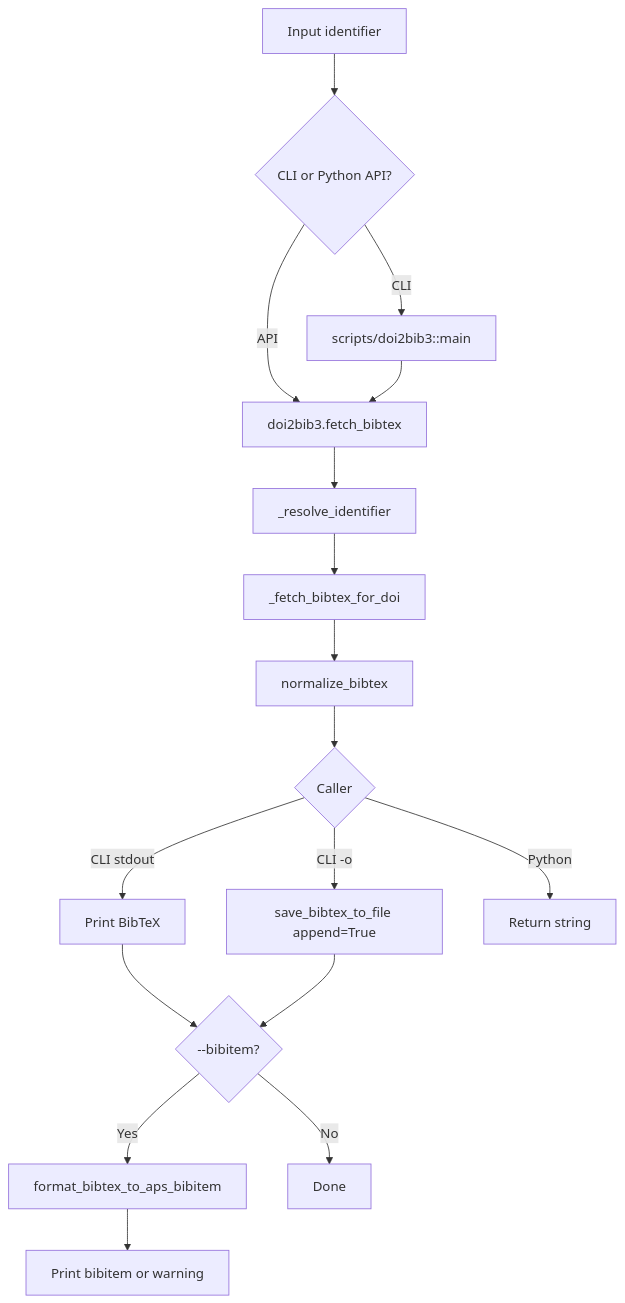
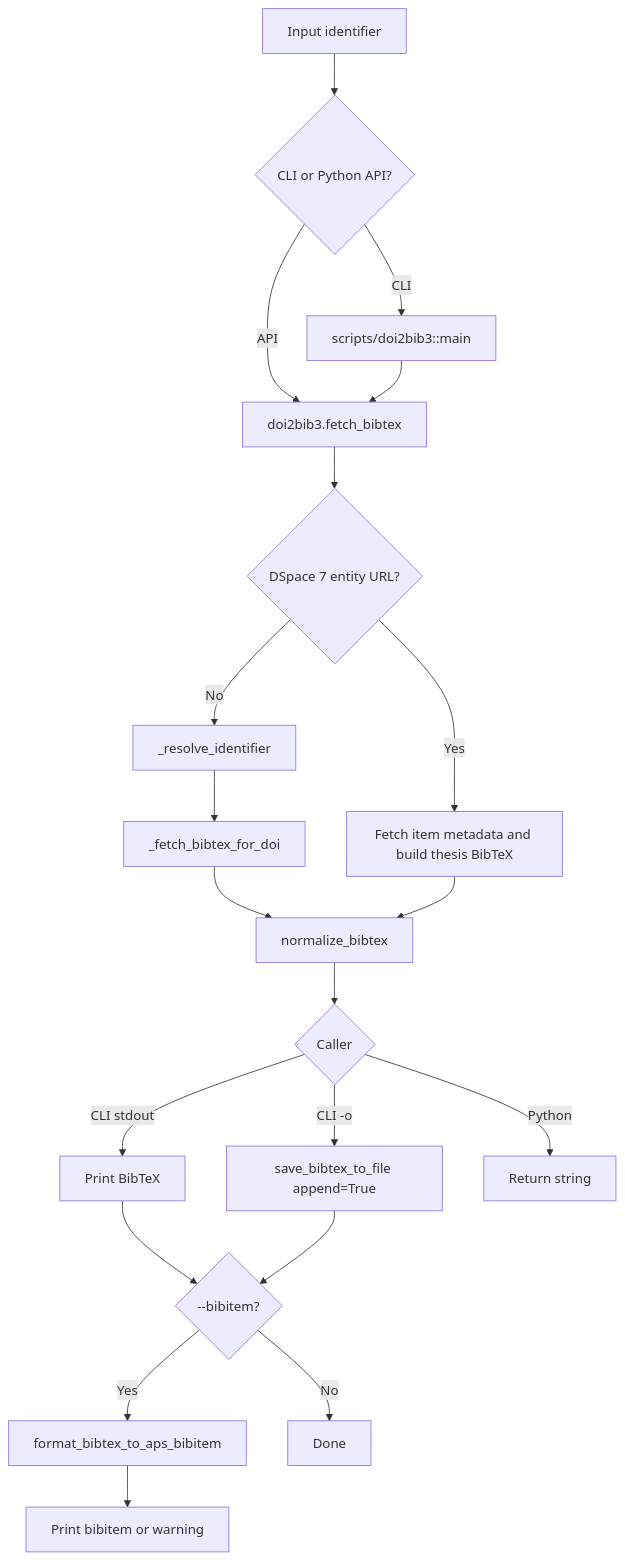
Before and after one commit to archisman-panigrahi/doi2bib3: the first of 4 diagrams in docs/ALGORITHM_VISUALS.md, drawn with Mermaid. The commit also changed other lines of this file and 4 other files, not shown here.

Commit message:
Implement support for dspace thesis links

````diff
--- a/docs/ALGORITHM_VISUALS.md
+++ b/docs/ALGORITHM_VISUALS.md
@@ -7,19 +7,22 @@
 ```mermaid
 flowchart TD
     A[Input identifier] --> B{CLI or Python API?}
     B -->|CLI| C[scripts/doi2bib3::main]
     B -->|API| D[doi2bib3.fetch_bibtex]
     C --> D
-    D --> E[_resolve_identifier]
+    D --> P{DSpace 7 entity URL?}
+    P -->|Yes| Q[Fetch item metadata and build thesis BibTeX]
+    P -->|No| E[_resolve_identifier]
     E --> F[_fetch_bibtex_for_doi]
     F --> G[normalize_bibtex]
+    Q --> G
     G --> H{Caller}
     H -->|CLI stdout| I[Print BibTeX]
     H -->|CLI -o| J[save_bibtex_to_file append=True]
     H -->|Python| K[Return string]
     I --> L{--bibitem?}
     J --> L
     L -->|Yes| M[format_bibtex_to_aps_bibitem]
     L -->|No| N[Done]
     M --> O[Print bibitem or warning]
 ```
````
